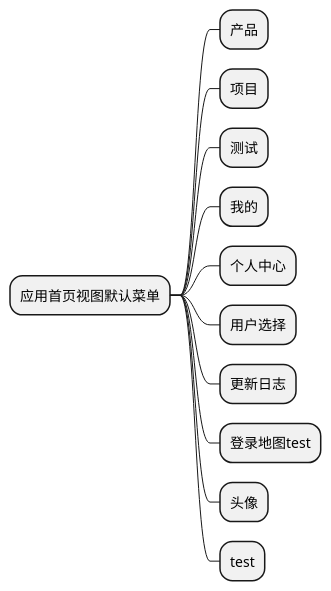
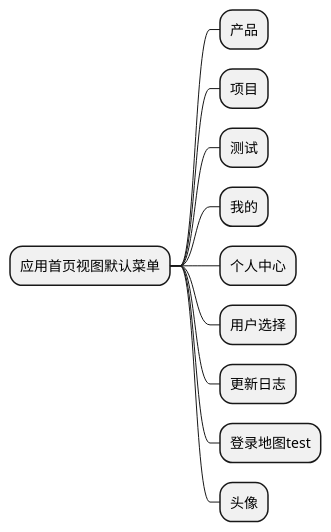
The diagram in ibizpms-docs/src/main/doc/v1/app/mob/AppIndexView.md (goblinln/iBizPMS), drawn with PlantUML before and after one commit. The commit also changed other lines of this file and 5 other files, not shown here.

```diff
--- a/ibizpms-docs/src/main/doc/v1/app/mob/AppIndexView.md
+++ b/ibizpms-docs/src/main/doc/v1/app/mob/AppIndexView.md
@@ -5,15 +5,14 @@
 {% plantuml %}
 @startmindmap
 * 应用首页视图默认菜单
 ** 产品
 ** 项目
 ** 测试
 ** 我的
 ** 个人中心
 ** 用户选择
 ** 更新日志
 ** 登录地图test
 ** 头像
-** test
 @endmindmap
 {% endplantuml %}
```
